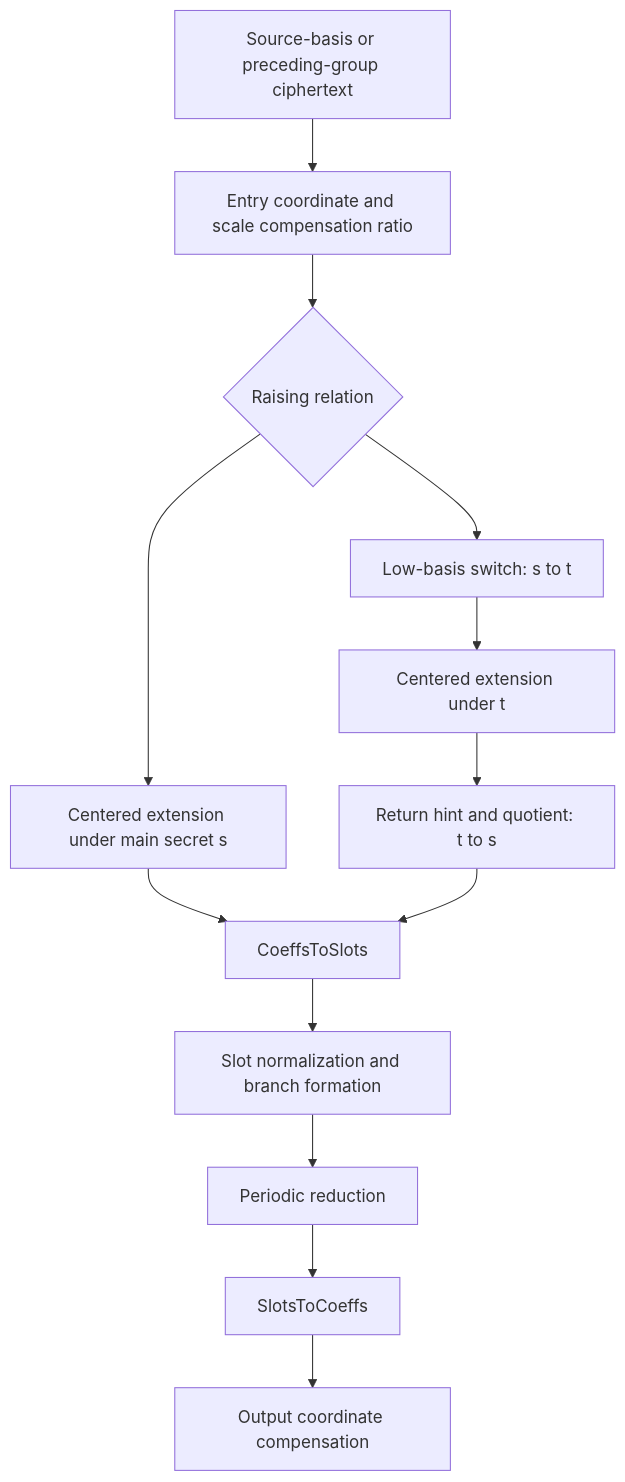
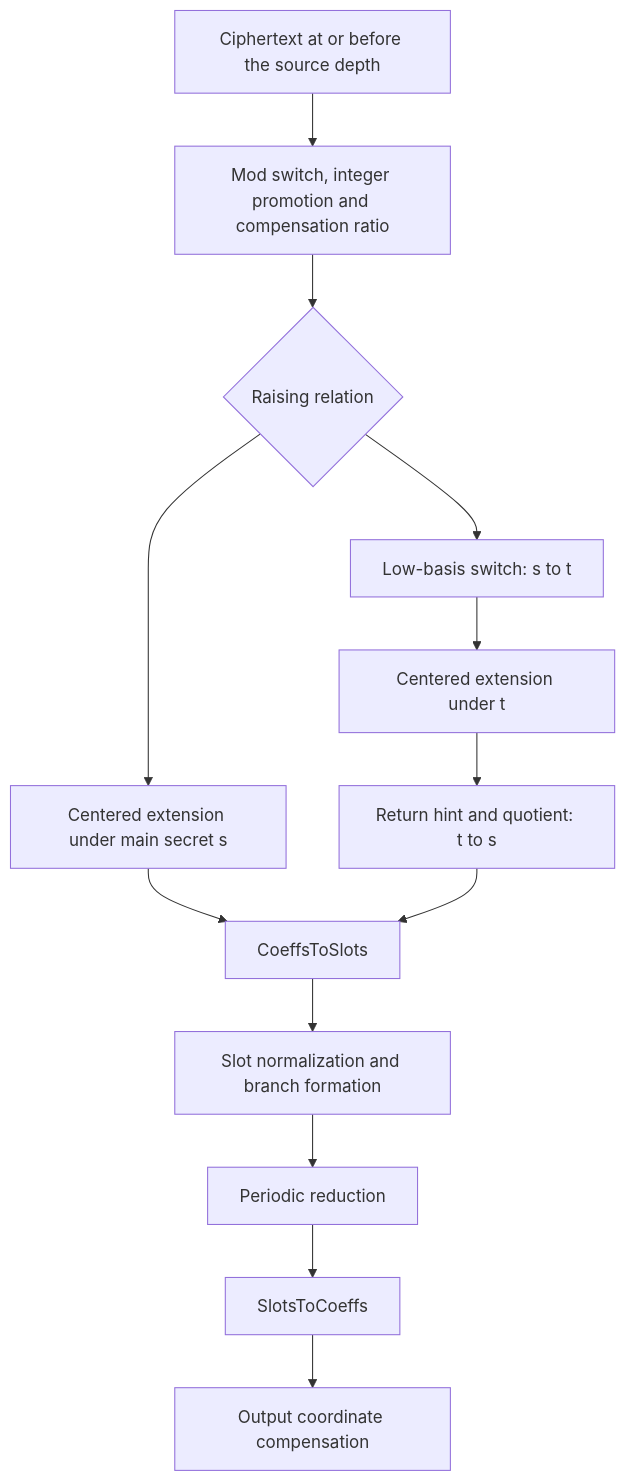
One commit to visualDust/fhelium changed the diagram in docs/concepts/ckks/composable-bootstrapping.md. Above: the diagram before and after it, drawn with Mermaid. The commit also changed other lines of this file and 439 other files, not shown here.

````diff
--- a/docs/concepts/ckks/composable-bootstrapping.md
+++ b/docs/concepts/ckks/composable-bootstrapping.md
@@ -74,19 +74,19 @@
 ```mermaid
 flowchart TB
-    INPUT["Source-basis or preceding-group ciphertext"]
-    ENTRY["Entry coordinate and scale compensation ratio"]
+    INPUT["Ciphertext at or before the source depth"]
+    ENTRY["Mod switch, integer promotion and compensation ratio"]
     RAISING{"Raising relation"}
     CENTERED["Centered extension under main secret s"]
     LOW["Low-basis switch: s to t"]
     LIFT["Centered extension under t"]
     RETURN["Return hint and quotient: t to s"]
     CTS["CoeffsToSlots"]
     BRANCH["Slot normalization and branch formation"]
     REDUCE["Periodic reduction"]
     STC["SlotsToCoeffs"]
     OUTPUT["Output coordinate compensation"]
     INPUT --> ENTRY --> RAISING
     RAISING --> CENTERED --> CTS
     RAISING --> LOW --> LIFT --> RETURN --> CTS
     CTS --> BRANCH --> REDUCE --> STC --> OUTPUT
 ```
````
